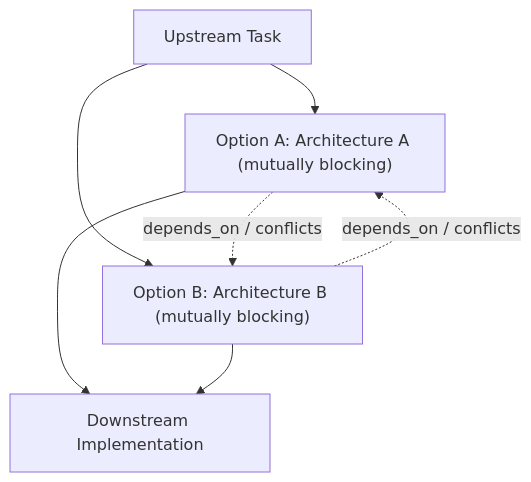
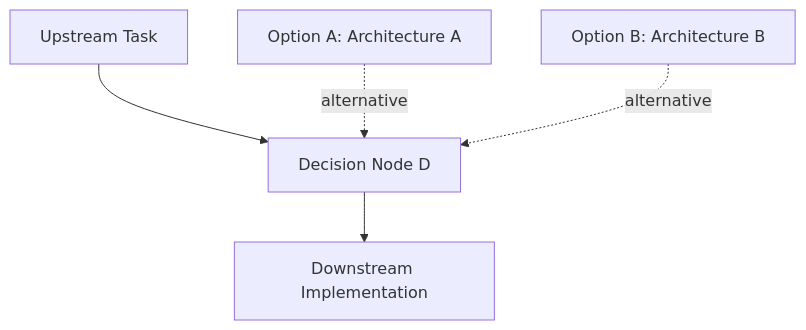
The diagram in specs/meta/naming-and-decisions.md (nicsuzor/academicOps), drawn with Mermaid before and after one commit. The commit also changed other lines of this file and 7 other files, not shown here.

First line of the commit message:
fix(instructions): replace mutual-blocking modelling of options with alternative links

````diff
--- a/specs/meta/naming-and-decisions.md
+++ b/specs/meta/naming-and-decisions.md
@@ -56,9 +56,7 @@
 ```mermaid
 flowchart TD
-    Upstream["Upstream Task"] --> OptionA["Option A: Architecture A (mutually blocking)"]
-    Upstream --> OptionB["Option B: Architecture B (mutually blocking)"]
-    OptionA -.->|depends_on / conflicts| OptionB
-    OptionB -.->|depends_on / conflicts| OptionA
-    OptionA --> Downstream["Downstream Implementation"]
-    OptionB --> Downstream
+    Upstream["Upstream Task"] --> Decision["Decision Node D"]
+    OptionA["Option A: Architecture A"] -.->|alternative| Decision
+    OptionB["Option B: Architecture B"] -.->|alternative| Decision
+    Decision --> Downstream["Downstream Implementation"]
 ```
````
